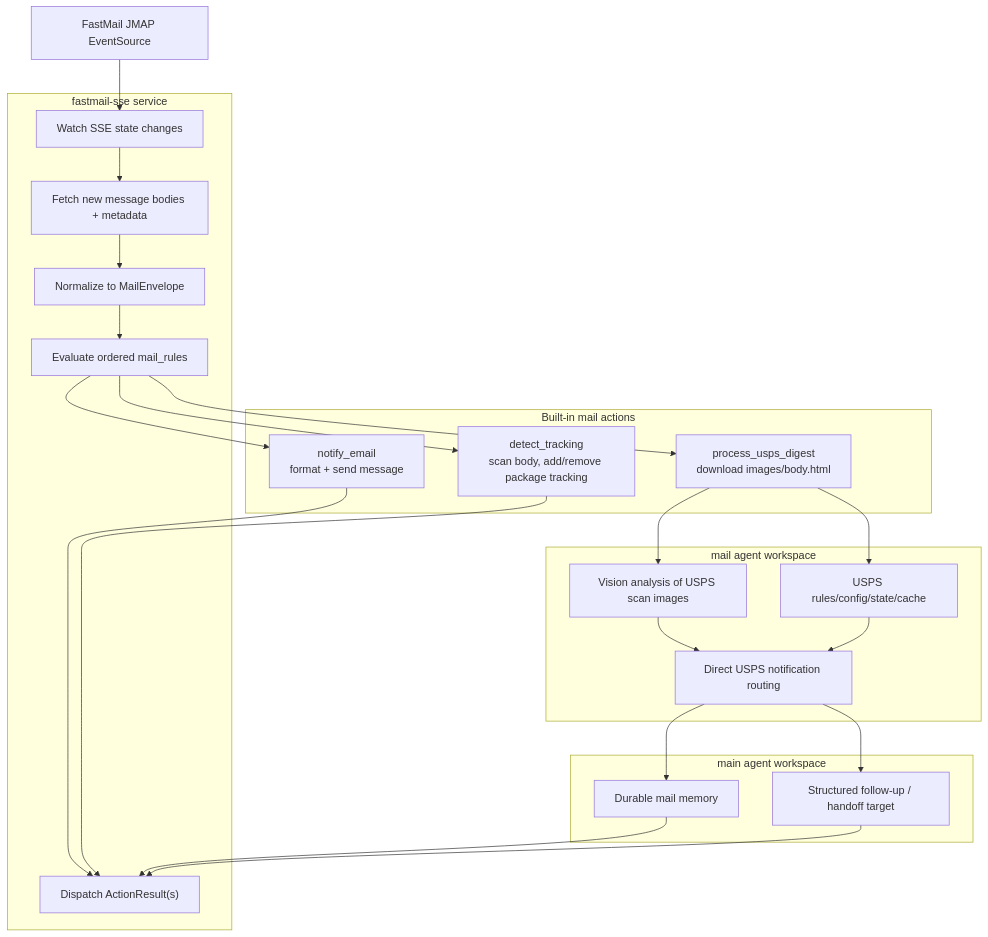
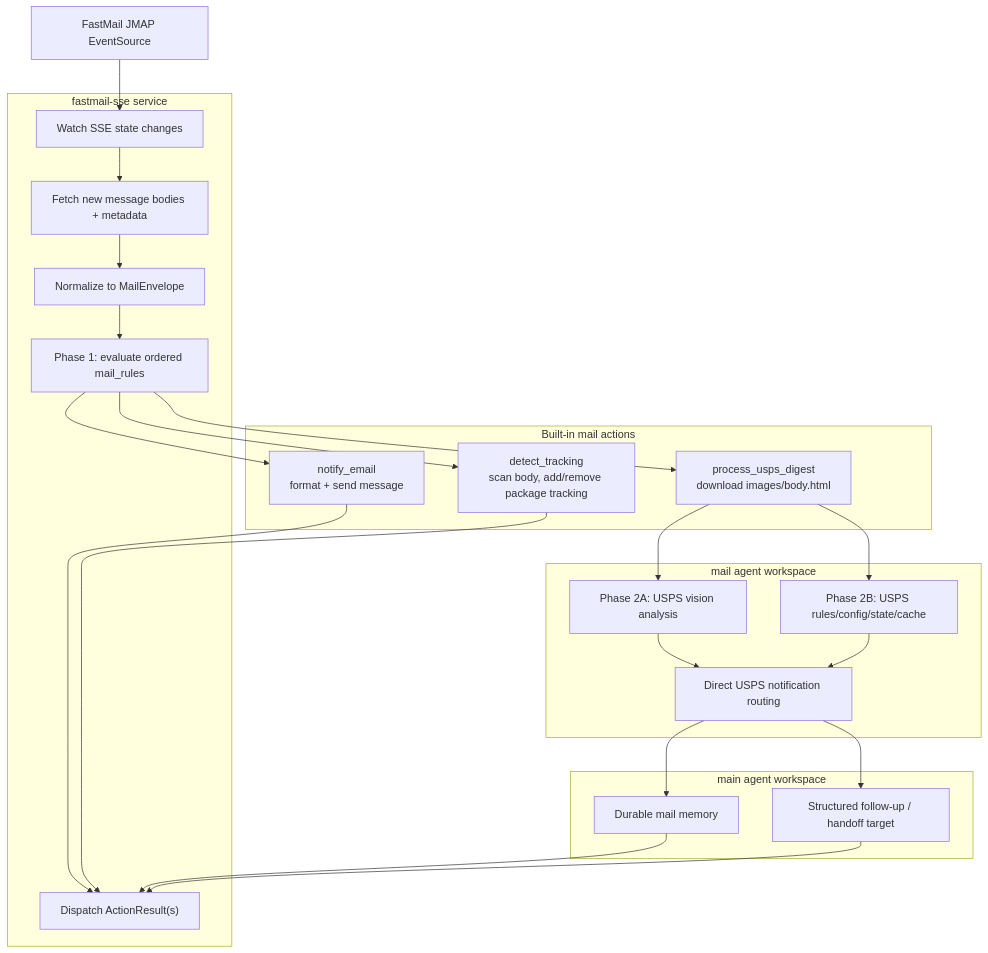
One commit to JeffSteinbok/octo-docs changed the diagram in docs/services/fastmail-sse.md. Above: the diagram before and after it, drawn with Mermaid. The commit also changed other lines of this file and 1 other file, not shown here.

````diff
--- a/docs/services/fastmail-sse.md
+++ b/docs/services/fastmail-sse.md
@@ -26,47 +26,47 @@
 ```mermaid
 flowchart TD
     fm["FastMail JMAP EventSource"]
 
     subgraph sse["fastmail-sse service"]
         stream["Watch SSE state changes"]
         fetch["Fetch new message bodies + metadata"]
         env["Normalize to MailEnvelope"]
-        match["Evaluate ordered mail_rules"]
+        match["Phase 1: evaluate ordered mail_rules"]
         dispatch["Dispatch ActionResult(s)"]
     end
 
     subgraph actions["Built-in mail actions"]
         notify["notify_email<br/>format + send message"]
         track["detect_tracking<br/>scan body, add/remove package tracking"]
         usps["process_usps_digest<br/>download images/body.html"]
     end
 
     subgraph mailagent["mail agent workspace"]
-        vision["Vision analysis of USPS scan images"]
-        rules["USPS rules/config/state/cache"]
+        vision["Phase 2A: USPS vision analysis"]
+        rules["Phase 2B: USPS rules/config/state/cache"]
         uspsnotify["Direct USPS notification routing"]
     end
 
     subgraph mainagent["main agent workspace"]
         memory["Durable mail memory"]
         followup["Structured follow-up / handoff target"]
     end
 
     fm --> stream --> fetch --> env --> match
     match --> notify
     match --> track
     match --> usps
 
     notify --> dispatch
     track --> dispatch
 
     usps --> vision
     usps --> rules
     vision --> uspsnotify
     rules --> uspsnotify
     uspsnotify --> memory
     uspsnotify --> followup
 
     memory --> dispatch
     followup --> dispatch
 ```
````
